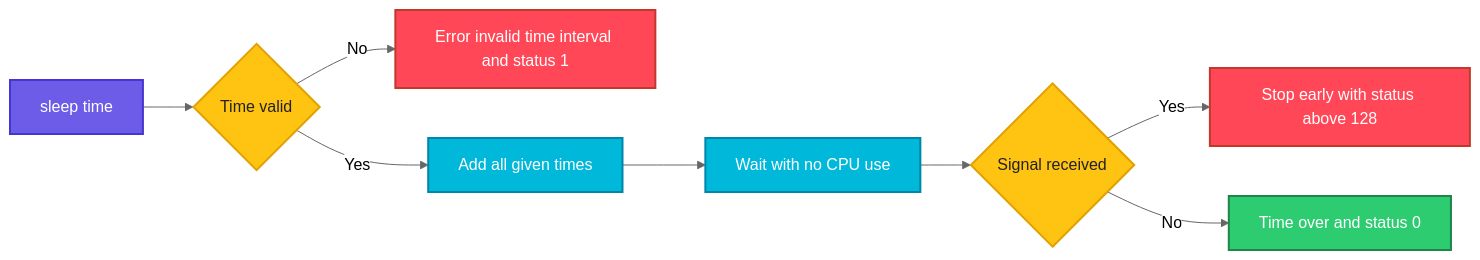
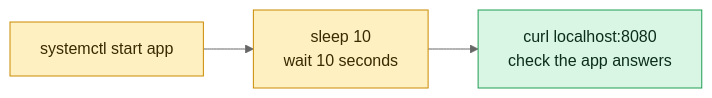
The diagram in linux/shell-basics/sleep.md (codeKerdosTech/DevOps-Documentation), drawn with Mermaid (neutral theme) before and after one commit. The commit also changed other lines of this file and 165 other files, not shown here.

Commit message:
updated diagrams in linux

````diff
--- a/linux/shell-basics/sleep.md
+++ b/linux/shell-basics/sleep.md
@@ -16,22 +16,11 @@
 ```mermaid
 flowchart LR
-    A[sleep time] --> B{Time valid}
-    B -->|No| C[Error invalid time interval and status 1]
-    B -->|Yes| D[Add all given times]
-    D --> E[Wait with no CPU use]
-    E --> F{Signal received}
-    F -->|Yes| G[Stop early with status above 128]
-    F -->|No| H[Time over and status 0]
-    classDef start fill:#6C5CE7,stroke:#4834D4,stroke-width:2px,color:#fff
-    classDef proc fill:#00B8D9,stroke:#0087A8,stroke-width:2px,color:#fff
-    classDef dec fill:#FFC312,stroke:#E1A100,stroke-width:2px,color:#222
-    classDef ok fill:#2ECC71,stroke:#1E8449,stroke-width:2px,color:#fff
-    classDef err fill:#FF4757,stroke:#C0392B,stroke-width:2px,color:#fff
-    classDef out fill:#FD79A8,stroke:#E84393,stroke-width:2px,color:#fff
-    classDef alt fill:#FF9F43,stroke:#E67E22,stroke-width:2px,color:#fff
-    class A start
-    class B,F dec
-    class D,E proc
-    class C,G err
-    class H ok
+    c1[systemctl start app] --> c2[sleep 10<br/>wait 10 seconds] --> o1[curl localhost:8080<br/>check the app answers]
+    classDef inp fill:#DCEBFF,stroke:#2F6FDE,color:#10213F
+    classDef cmd fill:#FFF0C2,stroke:#C98A00,color:#3A2A00
+    classDef out fill:#D9F5E3,stroke:#1F9D55,color:#0B2E1A
+    classDef bad fill:#FDE0E0,stroke:#D13B3B,color:#4A0F0F
+    classDef note fill:#ECEFF3,stroke:#7B8794,color:#1F2933
+    class c1,c2 cmd
+    class o1 out
 ```
````
